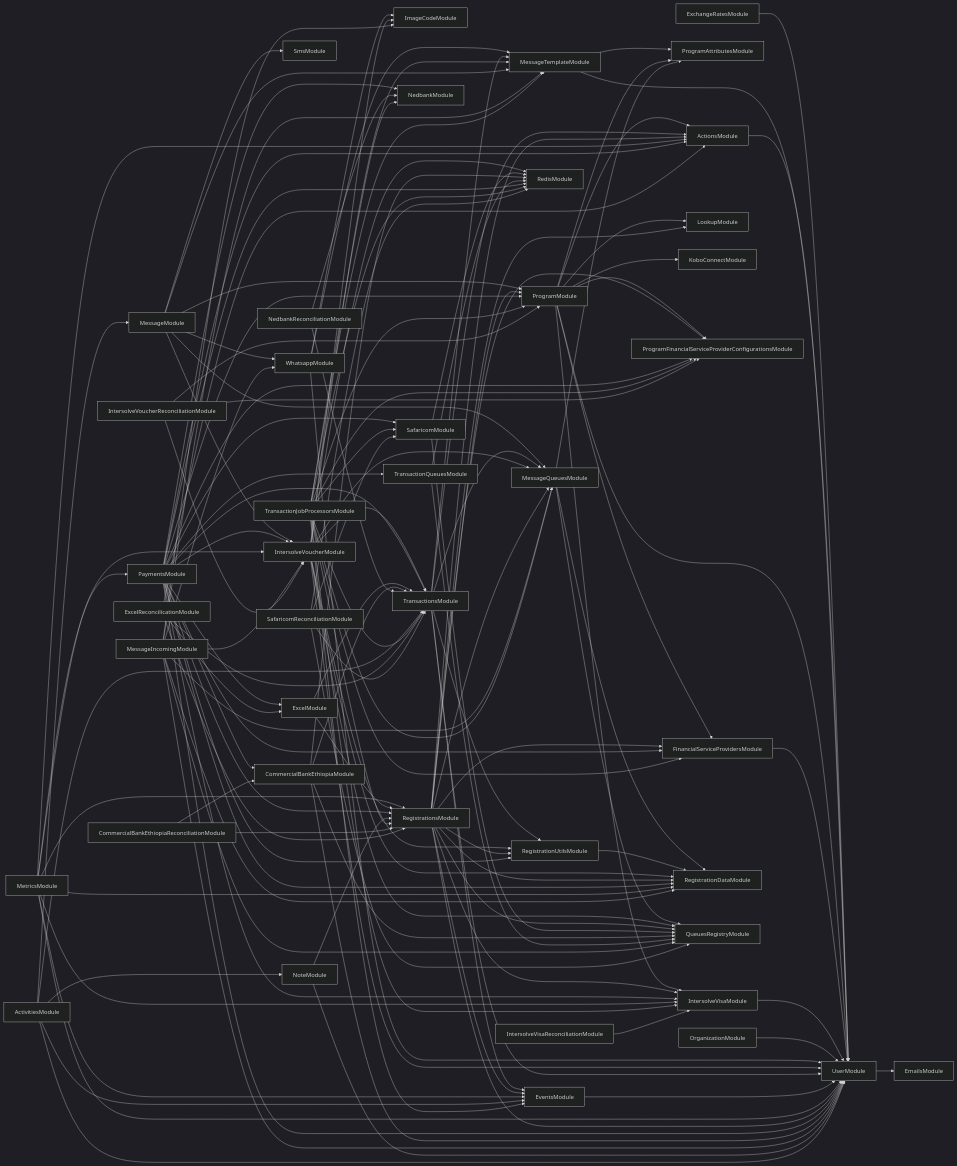
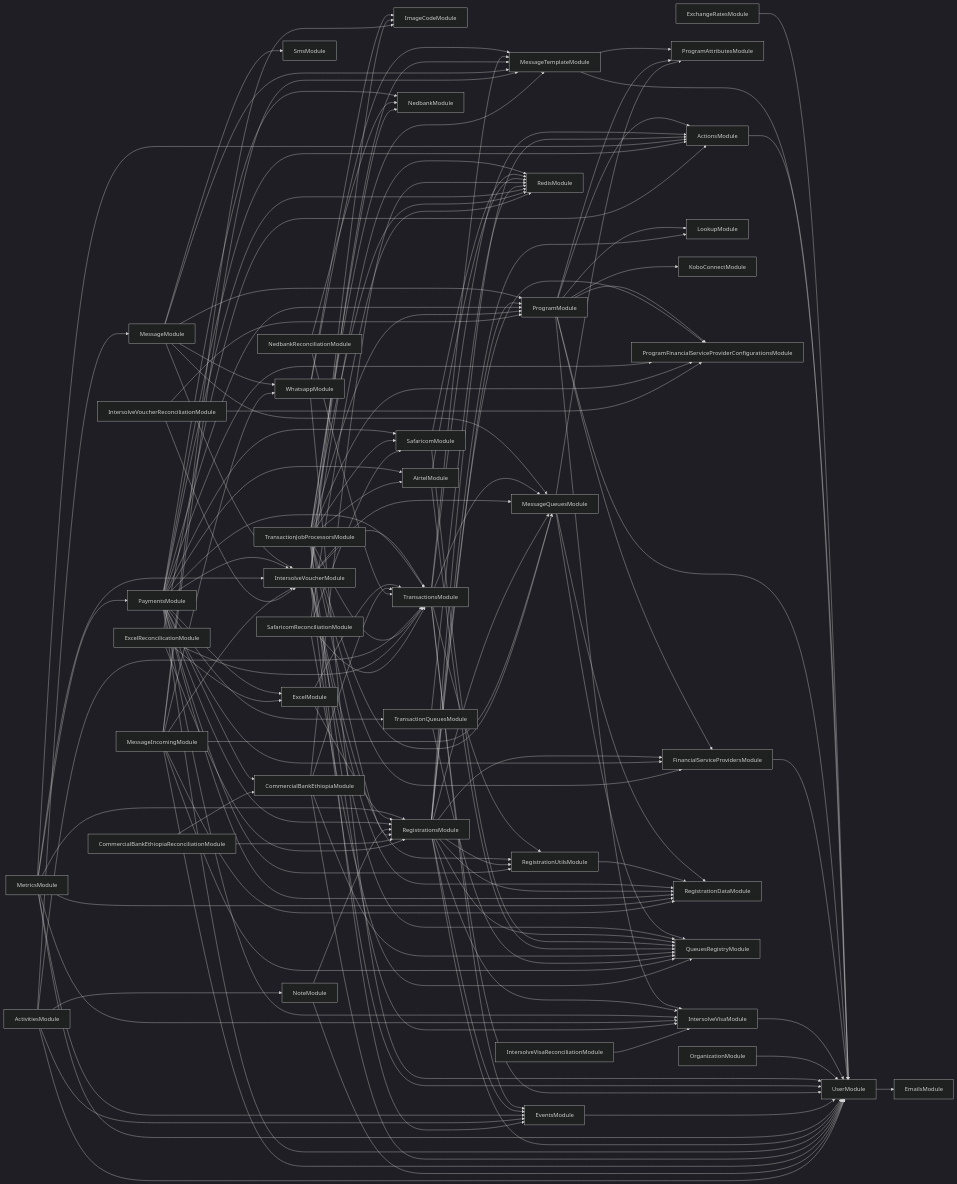
The diagram in services/121-service/module-dependencies.md (global-121/121-platform), drawn with Mermaid (dark theme) before and after one commit. The commit also changed 1 other file, not shown here.

Commit message:
feat: Airtel FSP - add Airtel to queues registry

```diff
--- a/services/121-service/module-dependencies.md
+++ b/services/121-service/module-dependencies.md
@@ -71,6 +71,9 @@
   PaymentsModule-->SafaricomModule
   SafaricomModule-->RedisModule
   SafaricomModule-->QueuesRegistryModule
+  PaymentsModule-->AirtelModule
+  AirtelModule-->RedisModule
+  AirtelModule-->QueuesRegistryModule
   PaymentsModule-->NedbankModule
   PaymentsModule-->ExcelModule
   ExcelModule-->TransactionsModule
@@ -114,6 +117,7 @@
   TransactionJobProcessorsModule-->RedisModule
   TransactionJobProcessorsModule-->IntersolveVisaModule
   TransactionJobProcessorsModule-->SafaricomModule
+  TransactionJobProcessorsModule-->AirtelModule
   TransactionJobProcessorsModule-->NedbankModule
   TransactionJobProcessorsModule-->ProgramFinancialServiceProviderConfigurationsModule
   TransactionJobProcessorsModule-->RegistrationsModule
```
